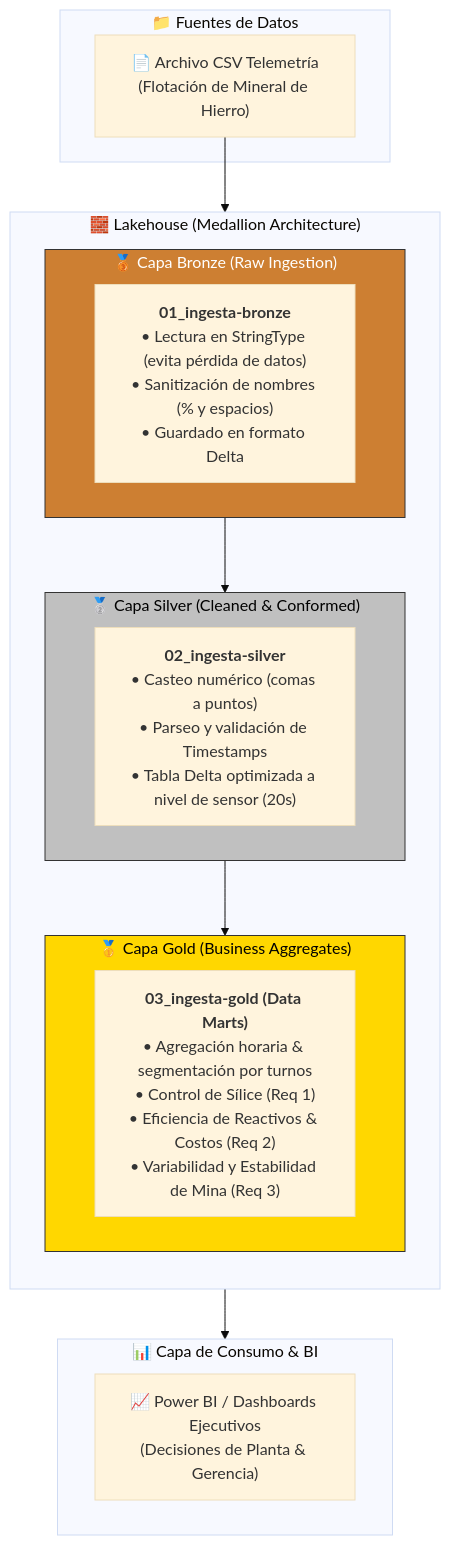
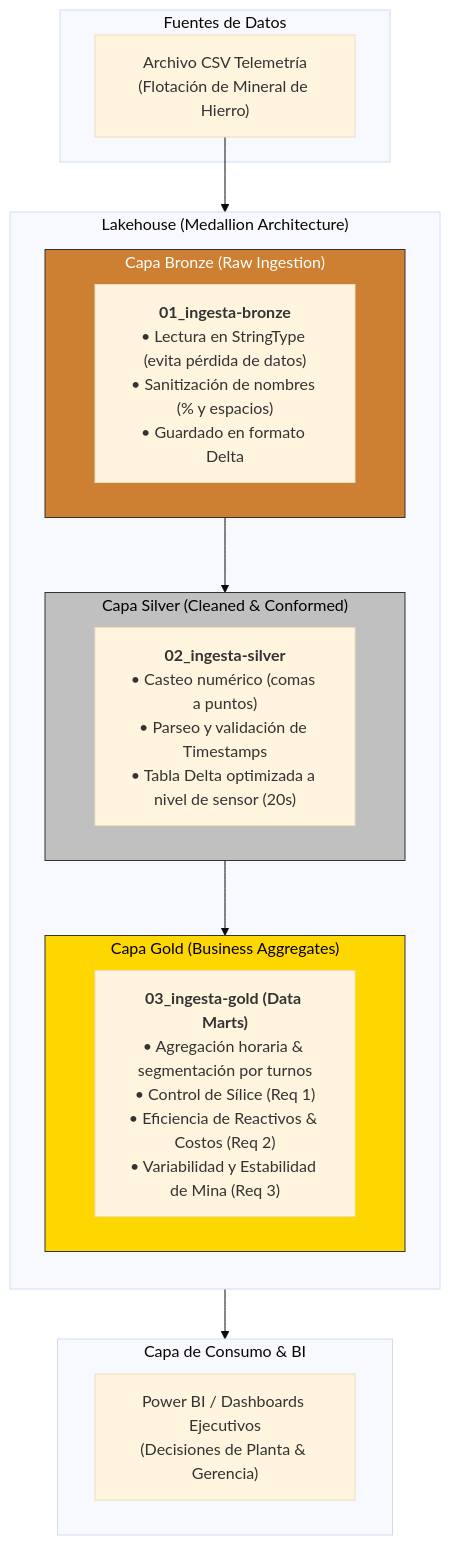
The diagram in README.md (Wedkyy/Mining-pipeline), drawn with Mermaid (base theme) before and after one commit. The commit also changed other lines of this file, not shown here.

````diff
--- a/README.md
+++ b/README.md
@@ -1,36 +18,36 @@
 ```mermaid
 flowchart TD
-    subgraph Origen ["📁 Fuentes de Datos"]
-        CSV["📄 Archivo CSV Telemetría<br/>(Flotación de Mineral de Hierro)"]
+    subgraph Origen ["Fuentes de Datos"]
+        CSV["Archivo CSV Telemetría<br/>(Flotación de Mineral de Hierro)"]
     end
 
-    subgraph Databricks ["🧱 Lakehouse (Medallion Architecture)"]
+    subgraph Databricks ["Lakehouse (Medallion Architecture)"]
         direction TB
         
-        subgraph Bronze ["🥉 Capa Bronze (Raw Ingestion)"]
+        subgraph Bronze ["Capa Bronze (Raw Ingestion)"]
             B1["<b>01_ingesta-bronze</b><br/>• Lectura en StringType (evita pérdida de datos)<br/>• Sanitización de nombres (% y espacios)<br/>• Guardado en formato Delta"]
         end
 
-        subgraph Silver ["🥈 Capa Silver (Cleaned & Conformed)"]
+        subgraph Silver ["Capa Silver (Cleaned & Conformed)"]
             S1["<b>02_ingesta-silver</b><br/>• Casteo numérico (comas a puntos)<br/>• Parseo y validación de Timestamps<br/>• Tabla Delta optimizada a nivel de sensor (20s)"]
         end
 
-        subgraph Gold ["🥇 Capa Gold (Business Aggregates)"]
+        subgraph Gold ["Capa Gold (Business Aggregates)"]
             G1["<b>03_ingesta-gold (Data Marts)</b><br/>• Agregación horaria & segmentación por turnos<br/>• Control de Sílice (Req 1)<br/>• Eficiencia de Reactivos & Costos (Req 2)<br/>• Variabilidad y Estabilidad de Mina (Req 3)"]
         end
 
         Bronze --> Silver
         Silver --> Gold
     end
 
-    subgraph Consumo ["📊 Capa de Consumo & BI"]
-        BI["📈 Power BI / Dashboards Ejecutivos<br/>(Decisiones de Planta & Gerencia)"]
+    subgraph Consumo ["Capa de Consumo & BI"]
+        BI["Power BI / Dashboards Ejecutivos<br/>(Decisiones de Planta & Gerencia)"]
     end
 
     CSV --> Bronze
     Gold --> Consumo
 
     style Bronze fill:#cd7f32,stroke:#333,stroke-width:1px,color:#fff
     style Silver fill:#c0c0c0,stroke:#333,stroke-width:1px,color:#000
     style Gold fill:#ffd700,stroke:#333,stroke-width:1px,color:#000
 ```
````
